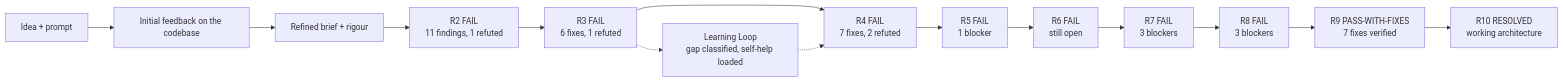
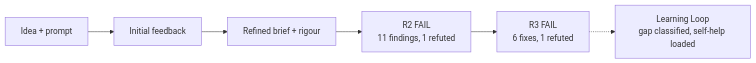
The first of 3 diagrams in README.md (PearceTech335/open-code-skills), drawn with Mermaid before and after one commit. The commit also changed other lines of this file, not shown here.

Commit message:
Remove R10 architecture paragraph from README

````diff
--- a/README.md
+++ b/README.md
@@ -91,11 +91,5 @@
 ```mermaid
 flowchart LR
-    A["Idea + prompt"] --> B["Initial feedback on the codebase"] --> C["Refined brief + rigour"]
-    C --> R2["R2 FAIL<br/>11 findings, 1 refuted"] --> R3["R3 FAIL<br/>6 fixes, 1 refuted"]
-    R3 --> R4["R4 FAIL<br/>7 fixes, 2 refuted"]
+    A["Idea + prompt"] --> B["Initial feedback"] --> C["Refined brief + rigour"] --> R2["R2 FAIL<br/>11 findings, 1 refuted"] --> R3["R3 FAIL<br/>6 fixes, 1 refuted"]
     R3 -.-> LL["Learning Loop<br/>gap classified, self-help loaded"]
-    LL -.-> R4
-    R4 --> R5["R5 FAIL<br/>1 blocker"] --> R6["R6 FAIL<br/>still open"] --> R7["R7 FAIL<br/>3 blockers"]
-    R7 --> R8["R8 FAIL<br/>3 blockers"] --> R9["R9 PASS-WITH-FIXES<br/>7 fixes verified"]
-    R9 --> R10["R10 RESOLVED<br/>working architecture"]
 ```
````
